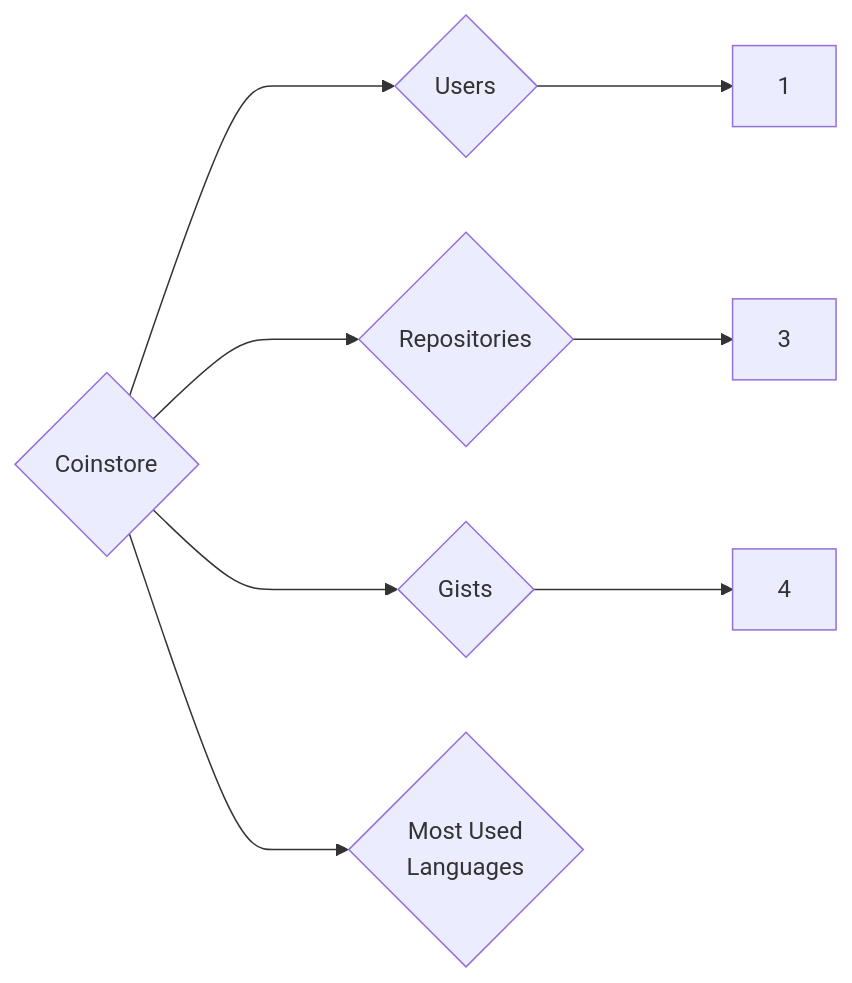
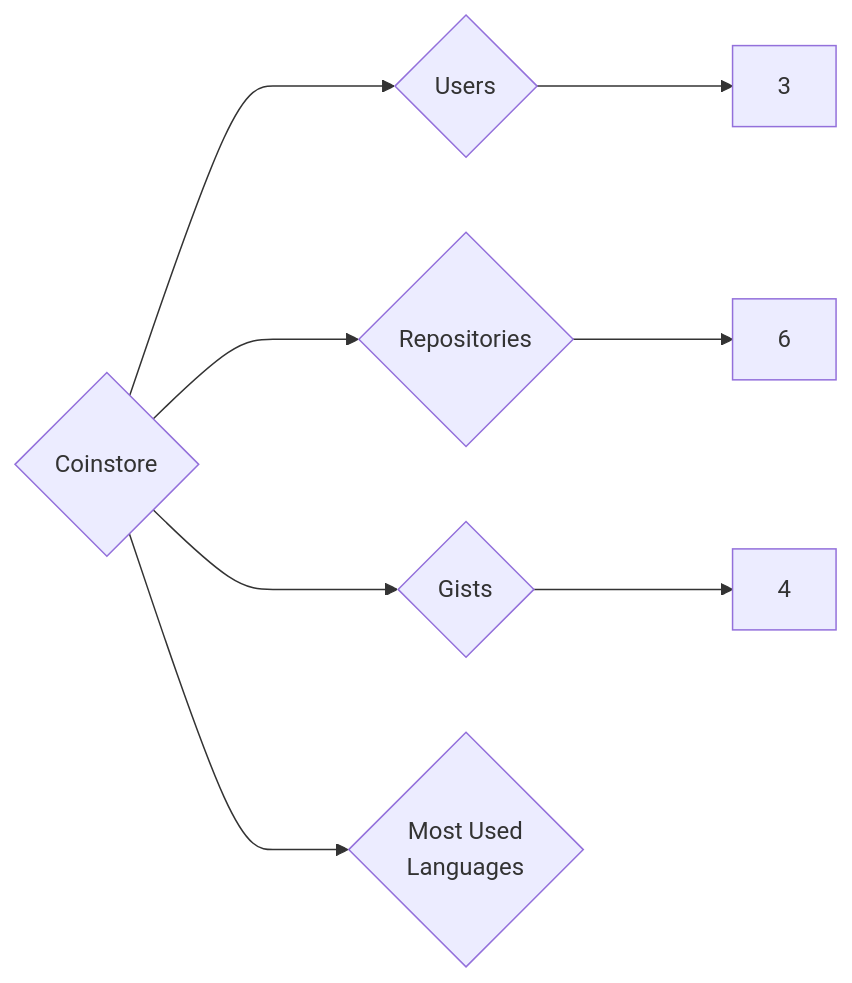
One commit to trickest/insiders changed the diagram in targets/Coinstore/README.md. Above: the diagram before and after it, drawn with Mermaid. The commit also changed 859 other files, not shown here.

````diff
--- a/targets/Coinstore/README.md
+++ b/targets/Coinstore/README.md
@@ -3,8 +3,8 @@
 ```mermaid
 graph LR
 COMPANY_NAME{Coinstore}
-COMPANY_NAME ---> U{Users} ---> UN[1]
-COMPANY_NAME ---> R{Repositories} ---> RN[3]
+COMPANY_NAME ---> U{Users} ---> UN[3]
+COMPANY_NAME ---> R{Repositories} ---> RN[6]
 COMPANY_NAME ---> G{Gists} ---> GN[4]
 COMPANY_NAME ---> ML{Most Used<br>Languages}
 ```
````
